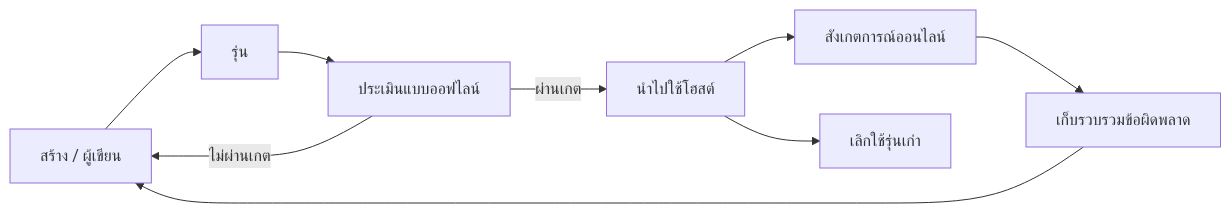
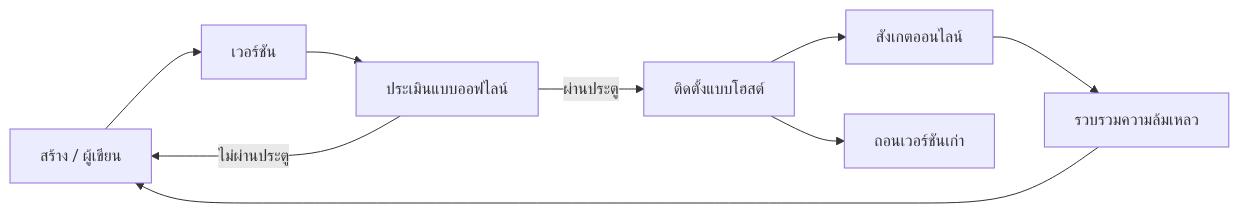
The second of 4 diagrams in mirrors/repos/microsoft@ai-agents-for-beginners/translations/th/16-deploying-scalable-agents/README.md (gabrielmoreira/agent-skills-mirror), drawn with Mermaid before and after one commit. The commit also changed other lines of this file and 3581 other files, not shown here.

````diff
--- a/mirrors/repos/microsoft@ai-agents-for-beginners/translations/th/16-deploying-scalable-agents/README.md
+++ b/mirrors/repos/microsoft@ai-agents-for-beginners/translations/th/16-deploying-scalable-agents/README.md
@@ -108,11 +108,11 @@
 ```mermaid
 flowchart LR
-    Create[สร้าง / ผู้เขียน] --> Version[รุ่น]
+    Create[สร้าง / ผู้เขียน] --> Version[เวอร์ชัน]
     Version --> Evaluate[ประเมินแบบออฟไลน์]
-    Evaluate -->|ผ่านเกต| Deploy[นำไปใช้โฮสต์]
-    Evaluate -->|ไม่ผ่านเกต| Create
-    Deploy --> Observe[สังเกตการณ์ออนไลน์]
-    Observe --> Improve[เก็บรวบรวมข้อผิดพลาด]
+    Evaluate -->|ผ่านประตู| Deploy[ติดตั้งแบบโฮสต์]
+    Evaluate -->|ไม่ผ่านประตู| Create
+    Deploy --> Observe[สังเกตออนไลน์]
+    Observe --> Improve[รวบรวมความล้มเหลว]
     Improve --> Create
-    Deploy --> Retire[เลิกใช้รุ่นเก่า]
+    Deploy --> Retire[ถอนเวอร์ชันเก่า]
 ```
````
